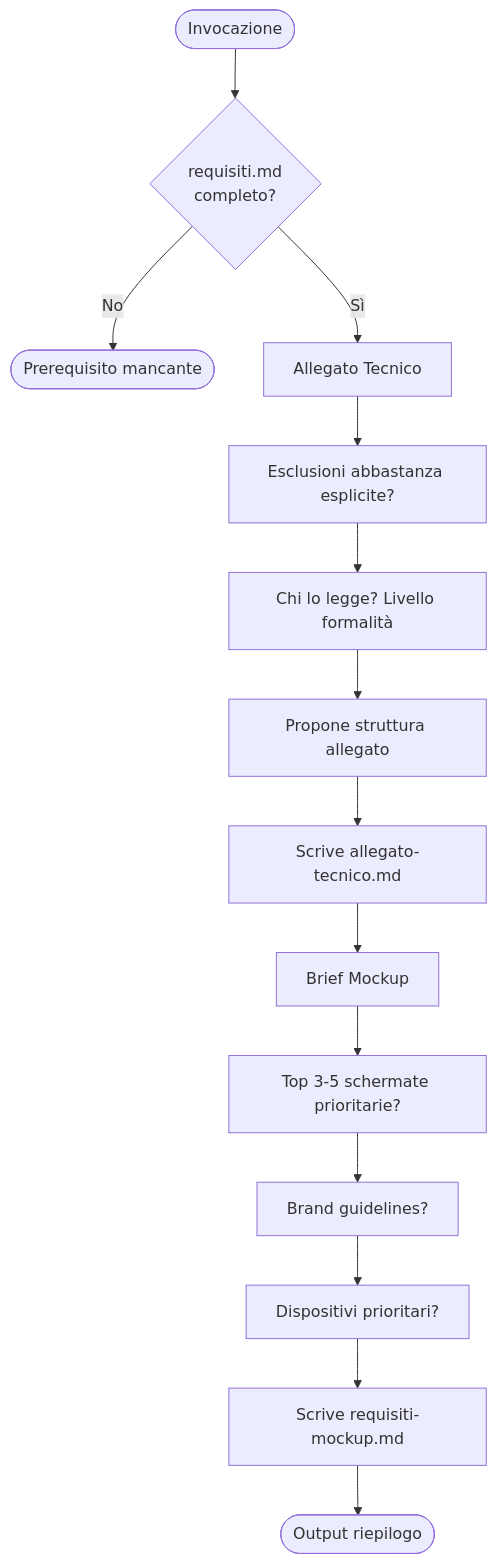
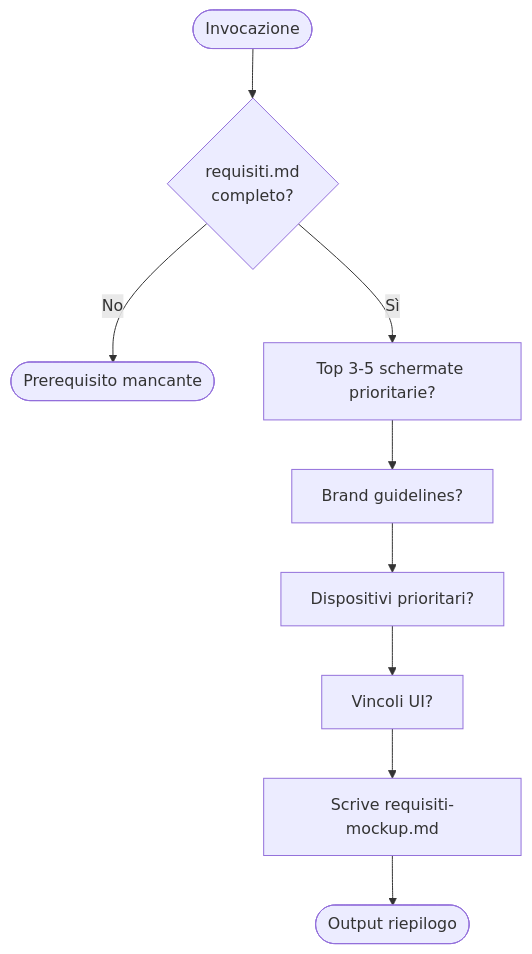
The fourth of 8 diagrams in docs/skills.md (SimoneBriganteLaif/SimoneAI), drawn with Mermaid before and after one commit. The commit also changed other lines of this file and 14 other files, not shown here.

````diff
--- a/docs/skills.md
+++ b/docs/skills.md
@@ -87,16 +124,11 @@
 ```mermaid
 flowchart TD
     START([Invocazione]) --> CHECK{requisiti.md\ncompleto?}
     CHECK -->|No| STOP([Prerequisito mancante])
-    CHECK -->|Sì| AT[Allegato Tecnico]
-    AT --> QA1[Esclusioni abbastanza esplicite?]
-    QA1 --> QA2[Chi lo legge? Livello formalità]
-    QA2 --> PROP_AT[Propone struttura allegato]
-    PROP_AT --> WRITE_AT[Scrive allegato-tecnico.md]
-    WRITE_AT --> MB[Brief Mockup]
-    MB --> QB1[Top 3-5 schermate prioritarie?]
-    QB1 --> QB2[Brand guidelines?]
-    QB2 --> QB3[Dispositivi prioritari?]
-    QB3 --> WRITE_MB[Scrive requisiti-mockup.md]
-    WRITE_MB --> DONE([Output riepilogo])
+    CHECK -->|Sì| Q1[Top 3-5 schermate prioritarie?]
+    Q1 --> Q2[Brand guidelines?]
+    Q2 --> Q3[Dispositivi prioritari?]
+    Q3 --> Q4[Vincoli UI?]
+    Q4 --> WRITE[Scrive requisiti-mockup.md]
+    WRITE --> DONE([Output riepilogo])
 ```
````
